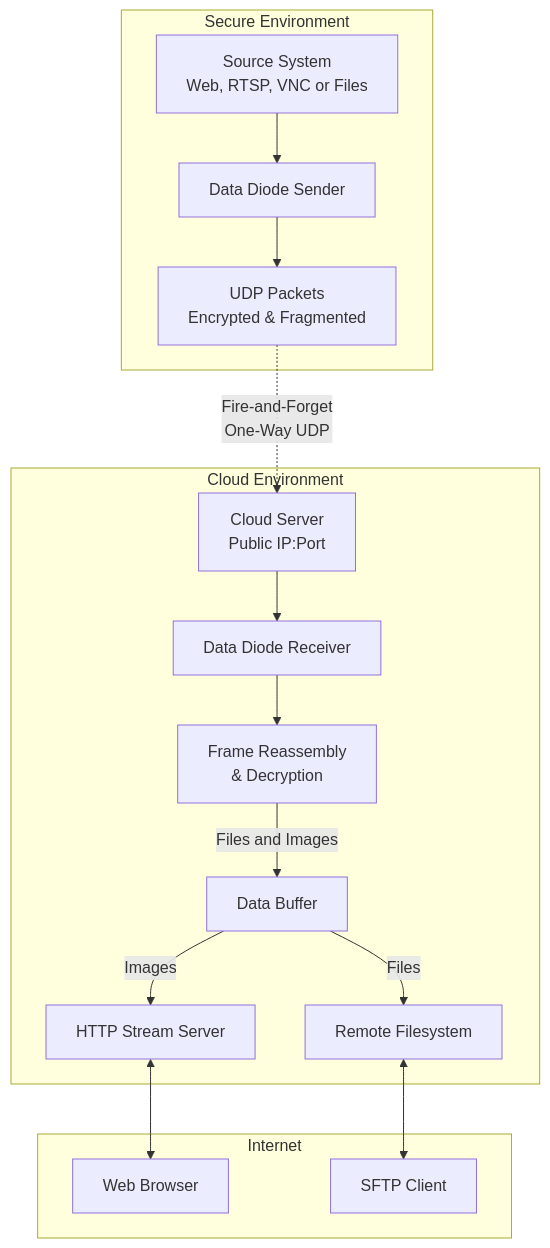
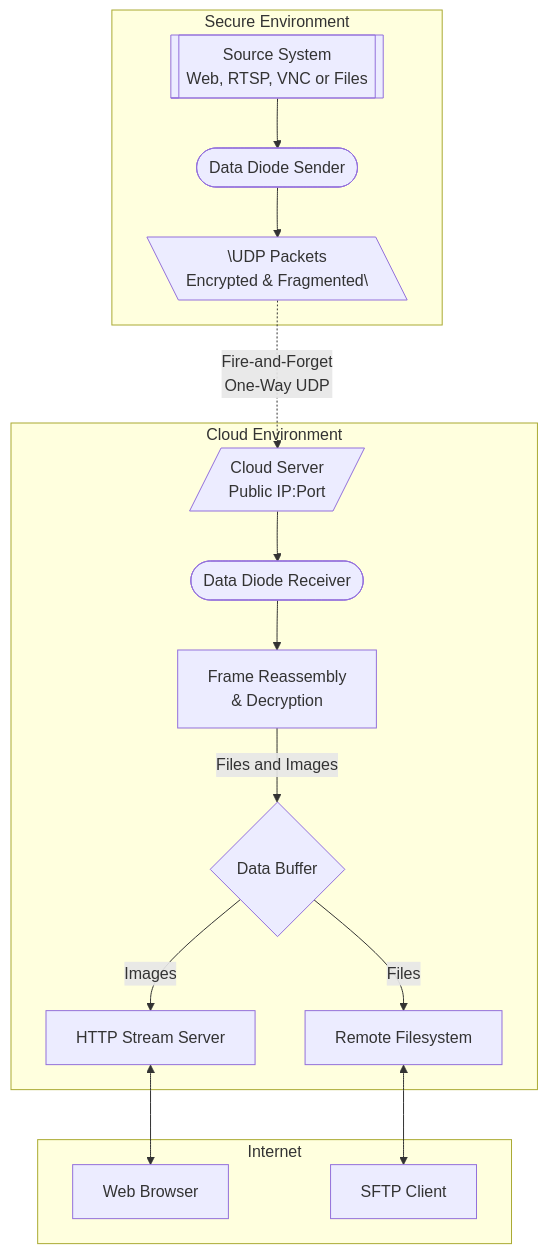
Before and after one commit to bmtwl/SoftDataDiode: the diagram in README.md, drawn with Mermaid.

Commit message:
Update README.md
Gave the mermaid a bit more character

````diff
--- a/README.md
+++ b/README.md
@@ -25,25 +25,25 @@
 ```mermaid
 graph TD
     subgraph "Secure Environment"
-        SOURCE[Source System<BR>Web, RTSP, VNC or Files] --> SENDER[Data Diode Sender]
-        SENDER --> SENDERPROCESSING[UDP Packets<br/>Encrypted & Fragmented]
+        SOURCE[[Source System<BR>Web, RTSP, VNC or Files]] --> SENDER([Data Diode Sender])
+        SENDER --> SENDERPROCESSING[\\UDP Packets<br/>Encrypted & Fragmented\\]
     end
     
-    SENDERPROCESSING -.->|Fire-and-Forget<br/>One-Way UDP| CLOUDIP[Cloud Server<br/>Public IP:Port]
+    SENDERPROCESSING -.->|Fire-and-Forget<br/>One-Way UDP| CLOUDIP[/Cloud Server<br/>Public IP:Port/]
     
     subgraph "Cloud Environment"
-        CLOUDIP --> RECEIVER[Data Diode Receiver]
+        CLOUDIP --> RECEIVER([Data Diode Receiver])
         RECEIVER --> RECEIVERPROCESSING[Frame Reassembly<br/>& Decryption]
-        RECEIVERPROCESSING -->|Files and Images| BUFFER[Data Buffer]
+        RECEIVERPROCESSING -->|Files and Images| BUFFER{Data Buffer}
         BUFFER -->|Images| HTTPSERVER[HTTP Stream Server]
         BUFFER -->|Files| FILESYSTEM[Remote Filesystem]
     end
 
     subgraph "Internet"
         HTTPSERVER <--> WEBBROWSER[Web Browser]
         FILESYSTEM <--> FILECLIENT[SFTP Client]
     end    
     class SOURCE,SENDER,SENDERPROCESSING secure
     class CLOUDIP,RECEIVER,RECEIVERPROCESSING,BUFFER,HTTPSERVER,FILESYSTEM cloud
     class WEBBROWSER,FILECLIENT client
 ```
````
